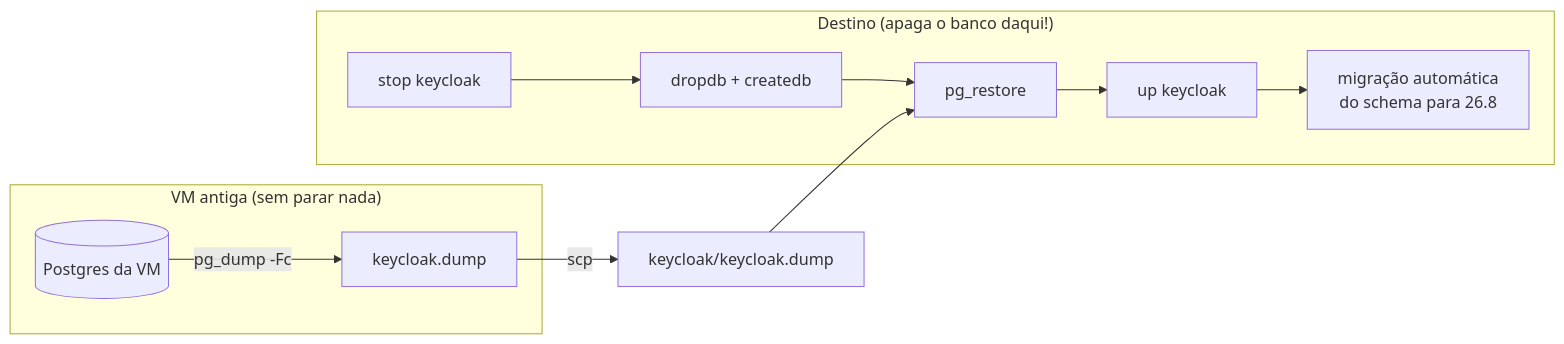
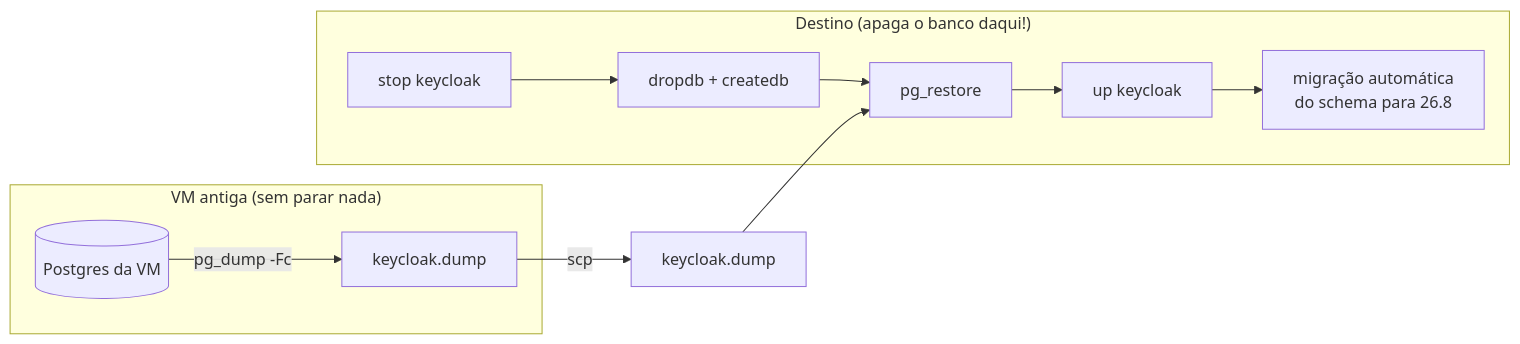
Before and after one commit to hirowat2/keycloak: the sixth of 8 diagrams in README_migracao_vm.md, drawn with Mermaid. The commit also changed other lines of this file and 20 other files, not shown here.

````diff
--- a/README_migracao_vm.md
+++ b/README_migracao_vm.md
@@ -238,11 +249,11 @@
 ```mermaid
 flowchart LR
     subgraph VM["VM antiga (sem parar nada)"]
       PGV[("Postgres da VM")] -- "pg_dump -Fc" --> D["keycloak.dump"]
     end
-    D -- scp --> M["keycloak/keycloak.dump"]
+    D -- scp --> M["keycloak.dump"]
     subgraph DEST["Destino (apaga o banco daqui!)"]
       S1["stop keycloak"] --> S2["dropdb + createdb"] --> S3["pg_restore"] --> S4["up keycloak"] --> S5["migração automática<br/>do schema para 26.8"]
     end
     M --> S3
 ```
````
